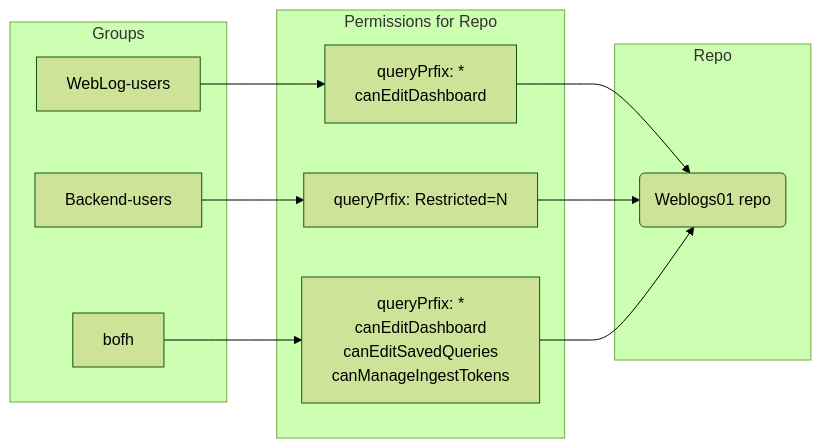
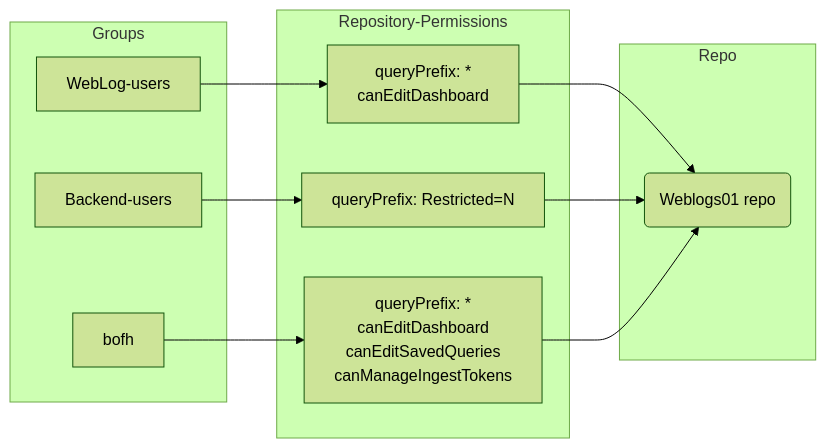
One commit to somedatapacket/docs.humio.com changed the second of 2 diagrams in content/configuration/authentication/role-based-auth.md. Above: the diagram before and after it, drawn with Mermaid (forest theme). The commit also changed other lines of this file, not shown here.

```diff
--- a/content/configuration/authentication/role-based-auth.md
+++ b/content/configuration/authentication/role-based-auth.md
@@ -38,21 +88,21 @@
 {{<mermaid align="center">}}
 graph LR;
   subgraph Groups
     G1["WebLog-users"]
     G2["Backend-users"]
     G3["bofh"]
   end
   
-  subgraph Permissions for Repo
-    G1 --> P1["queryPrfix: *<br>canEditDashboard"]
-    G2 --> P2["queryPrfix: Restricted=N"]
-    G3 --> P3["queryPrfix: *<br>canEditDashboard<br>canEditSavedQueries<br>canManageIngestTokens"]
+  subgraph Repository-Permissions
+    G1 --> P1["queryPrefix: *<br>canEditDashboard"]
+    G2 --> P2["queryPrefix: Restricted=N"]
+    G3 --> P3["queryPrefix: *<br>canEditDashboard<br>canEditSavedQueries<br>canManageIngestTokens"]
   end
 
   subgraph Repo
   P1 --> R1("Weblogs01 repo")
   P2 --> R1
   P3 --> R1
   end
 
 {{< /mermaid >}}
```
